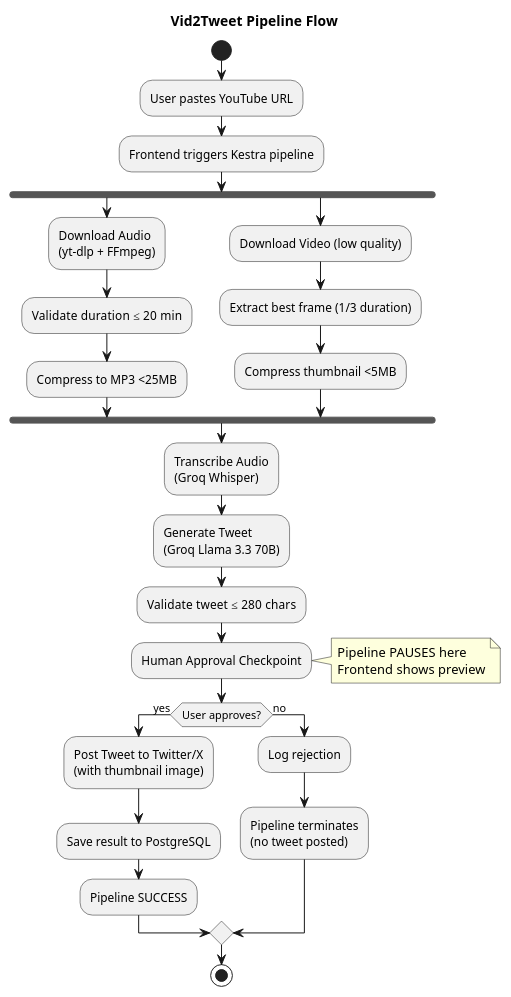
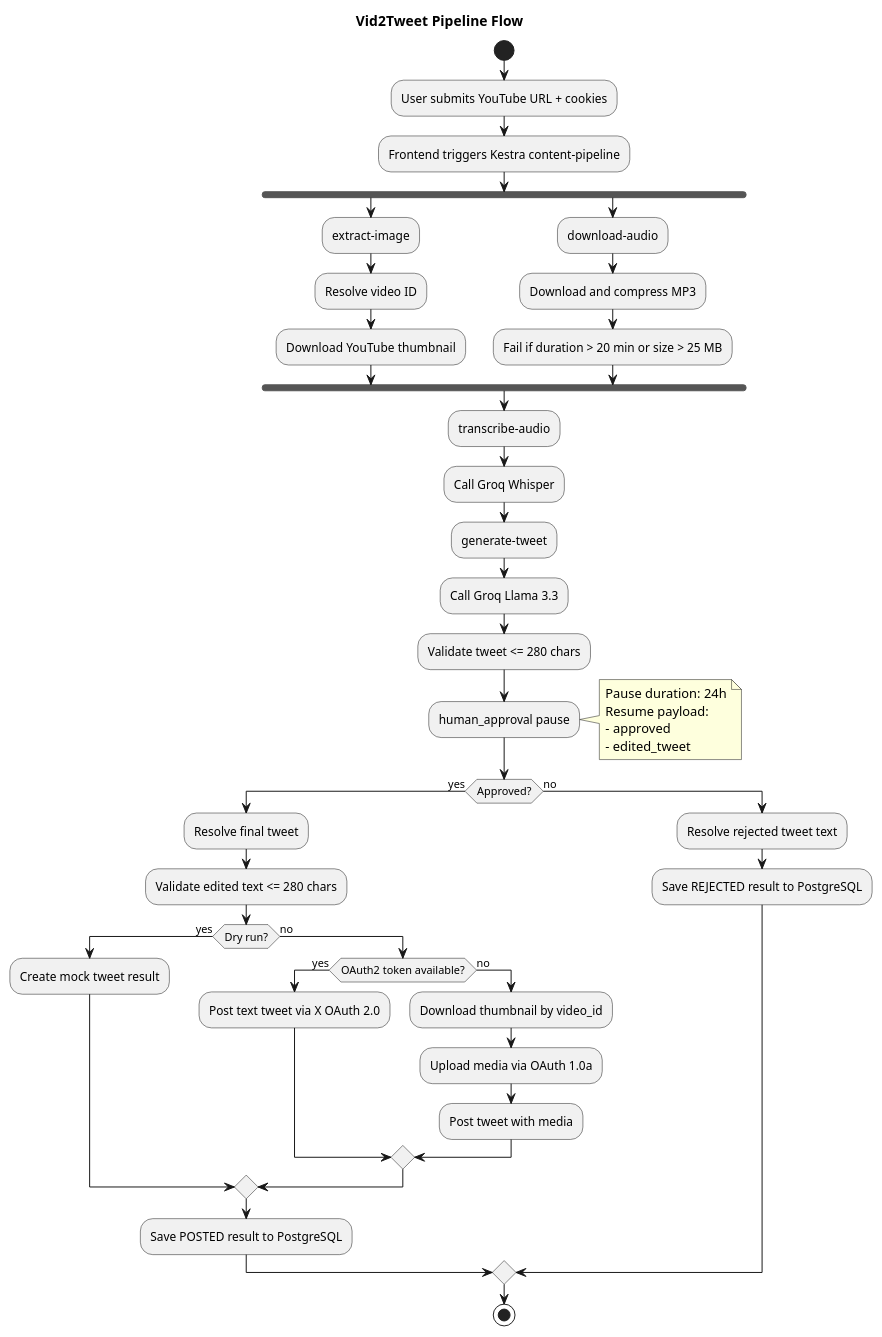
Before and after one commit to deepakkj/vid2tweet: the diagram in docs/diagrams/flows/pipeline-flow.puml, drawn with PlantUML. The commit also changed 3 other files, not shown here.

Commit message:
align architecture and flow diagrams with implementation

```diff
--- a/docs/diagrams/flows/pipeline-flow.puml
+++ b/docs/diagrams/flows/pipeline-flow.puml
@@ -1,38 +1,58 @@
 @startuml pipeline-flow
 title Vid2Tweet Pipeline Flow
 
 start
 
-:User pastes YouTube URL;
-:Frontend triggers Kestra pipeline;
+:User submits YouTube URL + cookies;
+:Frontend triggers Kestra content-pipeline;
 
 fork
-  :Download Audio\n(yt-dlp + FFmpeg);
-  :Validate duration ≤ 20 min;
-  :Compress to MP3 <25MB;
+  :extract-image;
+  :Resolve video ID;
+  :Download YouTube thumbnail;
 fork again
-  :Download Video (low quality);
-  :Extract best frame (1/3 duration);
-  :Compress thumbnail <5MB;
+  :download-audio;
+  :Download and compress MP3;
+  :Fail if duration > 20 min or size > 25 MB;
 end fork
 
-:Transcribe Audio\n(Groq Whisper);
+:transcribe-audio;
+:Call Groq Whisper;
 
-:Generate Tweet\n(Groq Llama 3.3 70B);
-:Validate tweet ≤ 280 chars;
+:generate-tweet;
+:Call Groq Llama 3.3;
+:Validate tweet <= 280 chars;
 
-:Human Approval Checkpoint;
-note right: Pipeline PAUSES here\nFrontend shows preview
+:human_approval pause;
+note right
+Pause duration: 24h
+Resume payload:
+- approved
+- edited_tweet
+end note
 
-if (User approves?) then (yes)
-  :Post Tweet to Twitter/X\n(with thumbnail image);
-  :Save result to PostgreSQL;
-  :Pipeline SUCCESS;
+if (Approved?) then (yes)
+  :Resolve final tweet;
+  :Validate edited text <= 280 chars;
+
+  if (Dry run?) then (yes)
+    :Create mock tweet result;
+  else (no)
+    if (OAuth2 token available?) then (yes)
+      :Post text tweet via X OAuth 2.0;
+    else (no)
+      :Download thumbnail by video_id;
+      :Upload media via OAuth 1.0a;
+      :Post tweet with media;
+    endif
+  endif
+
+  :Save POSTED result to PostgreSQL;
 else (no)
-  :Log rejection;
-  :Pipeline terminates\n(no tweet posted);
+  :Resolve rejected tweet text;
+  :Save REJECTED result to PostgreSQL;
 endif
 
 stop
 
 @enduml
```
